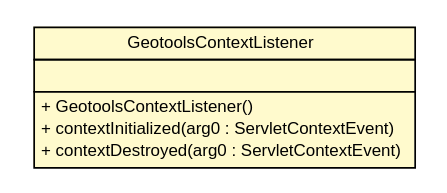
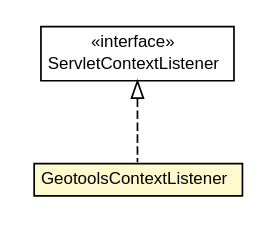
One commit to MinELenI/CBSviewer changed the diagram in apidocs/nl/mineleni/cbsviewer/servlet/GeotoolsContextListener.dot. Above: the diagram before and after it, drawn with Graphviz. The commit also changed 1016 other files, not shown here.

```diff
--- a/apidocs/nl/mineleni/cbsviewer/servlet/GeotoolsContextListener.dot
+++ b/apidocs/nl/mineleni/cbsviewer/servlet/GeotoolsContextListener.dot
@@ -1,26 +1,27 @@
 #!/usr/local/bin/dot
 #
 # Class diagram 
-# Generated by UMLGraph version R5_6 (http://www.umlgraph.org/)
+# Generated by UMLGraph version R5_6-24-gf6e263 (http://www.umlgraph.org/)
 #
 
 digraph G {
 	edge [fontname="arial",fontsize=10,labelfontname="arial",labelfontsize=10];
 	node [fontname="arial",fontsize=10,shape=plaintext];
 	nodesep=0.25;
 	ranksep=0.5;
 	// nl.mineleni.cbsviewer.servlet.GeotoolsContextListener
-	c1716 [label=<<table title="nl.mineleni.cbsviewer.servlet.GeotoolsContextListener" border="0" cellborder="1" cellspacing="0" cellpadding="2" port="p" bgcolor="lemonChiffon" href="./GeotoolsContextListener.html">
+	c2355 [label=<<table title="nl.mineleni.cbsviewer.servlet.GeotoolsContextListener" border="0" cellborder="1" cellspacing="0" cellpadding="2" port="p" bgcolor="lemonChiffon" href="./GeotoolsContextListener.html">
 		<tr><td><table border="0" cellspacing="0" cellpadding="1">
 <tr><td align="center" balign="center"> GeotoolsContextListener </td></tr>
 		</table></td></tr>
+		</table>>, URL="./GeotoolsContextListener.html", fontname="arial", fontcolor="black", fontsize=10.0];
+	//nl.mineleni.cbsviewer.servlet.GeotoolsContextListener implements javax.servlet.ServletContextListener
+	c2414:p -> c2355:p [dir=back,arrowtail=empty,style=dashed];
+	// javax.servlet.ServletContextListener
+	c2414 [label=<<table title="javax.servlet.ServletContextListener" border="0" cellborder="1" cellspacing="0" cellpadding="2" port="p" href="http://download.oracle.com/javaee/5/api/javax/servlet/ServletContextListener.html">
 		<tr><td><table border="0" cellspacing="0" cellpadding="1">
-<tr><td align="left" balign="left">  </td></tr>
+<tr><td align="center" balign="center"> &#171;interface&#187; </td></tr>
+<tr><td align="center" balign="center"> ServletContextListener </td></tr>
 		</table></td></tr>
-		<tr><td><table border="0" cellspacing="0" cellpadding="1">
-<tr><td align="left" balign="left"> + GeotoolsContextListener() </td></tr>
-<tr><td align="left" balign="left"> + contextInitialized(arg0 : ServletContextEvent) </td></tr>
-<tr><td align="left" balign="left"> + contextDestroyed(arg0 : ServletContextEvent) </td></tr>
-		</table></td></tr>
-		</table>>, URL="./GeotoolsContextListener.html", fontname="arial", fontcolor="black", fontsize=10.0];
+		</table>>, URL="http://download.oracle.com/javaee/5/api/javax/servlet/ServletContextListener.html", fontname="arial", fontcolor="black", fontsize=10.0];
 }
```
